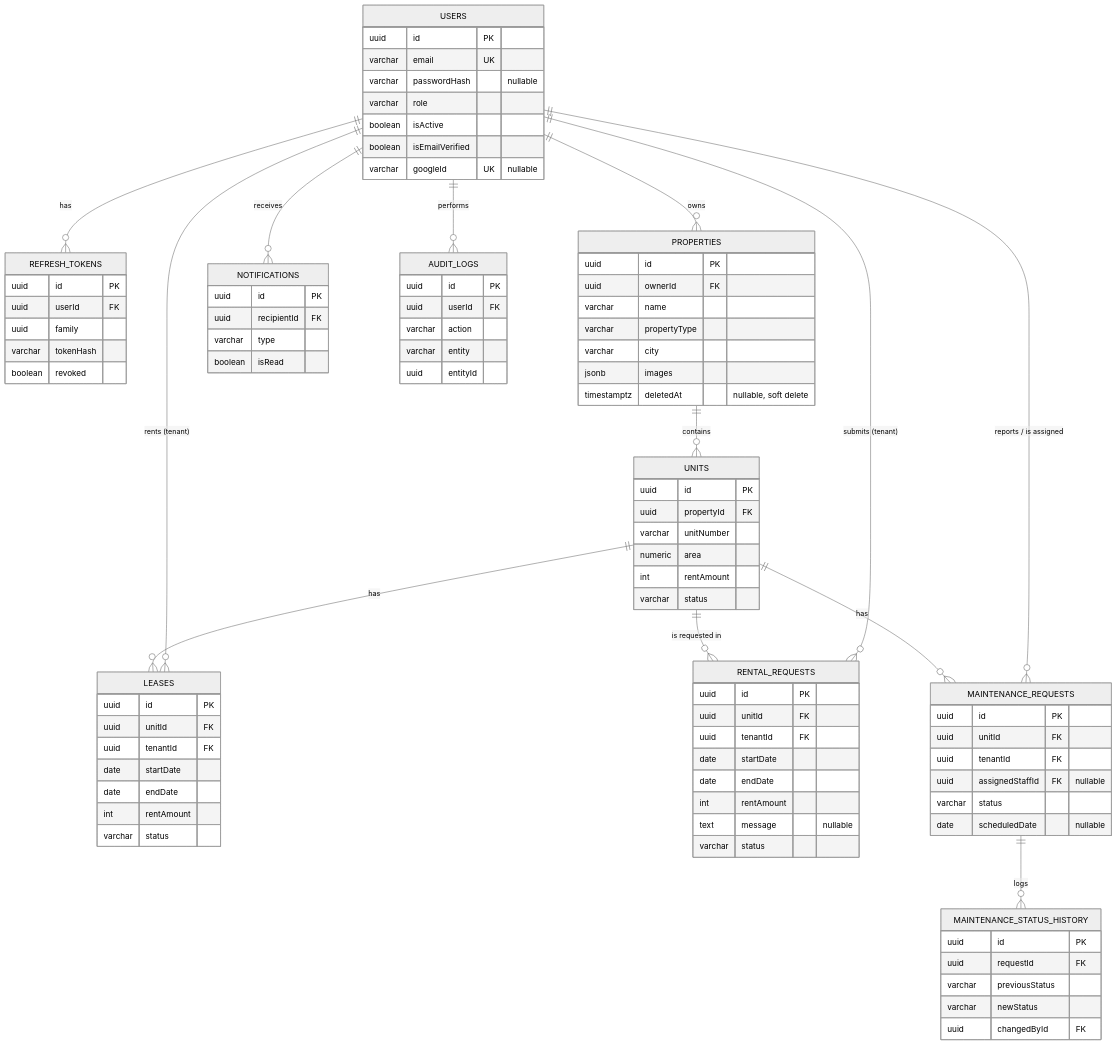
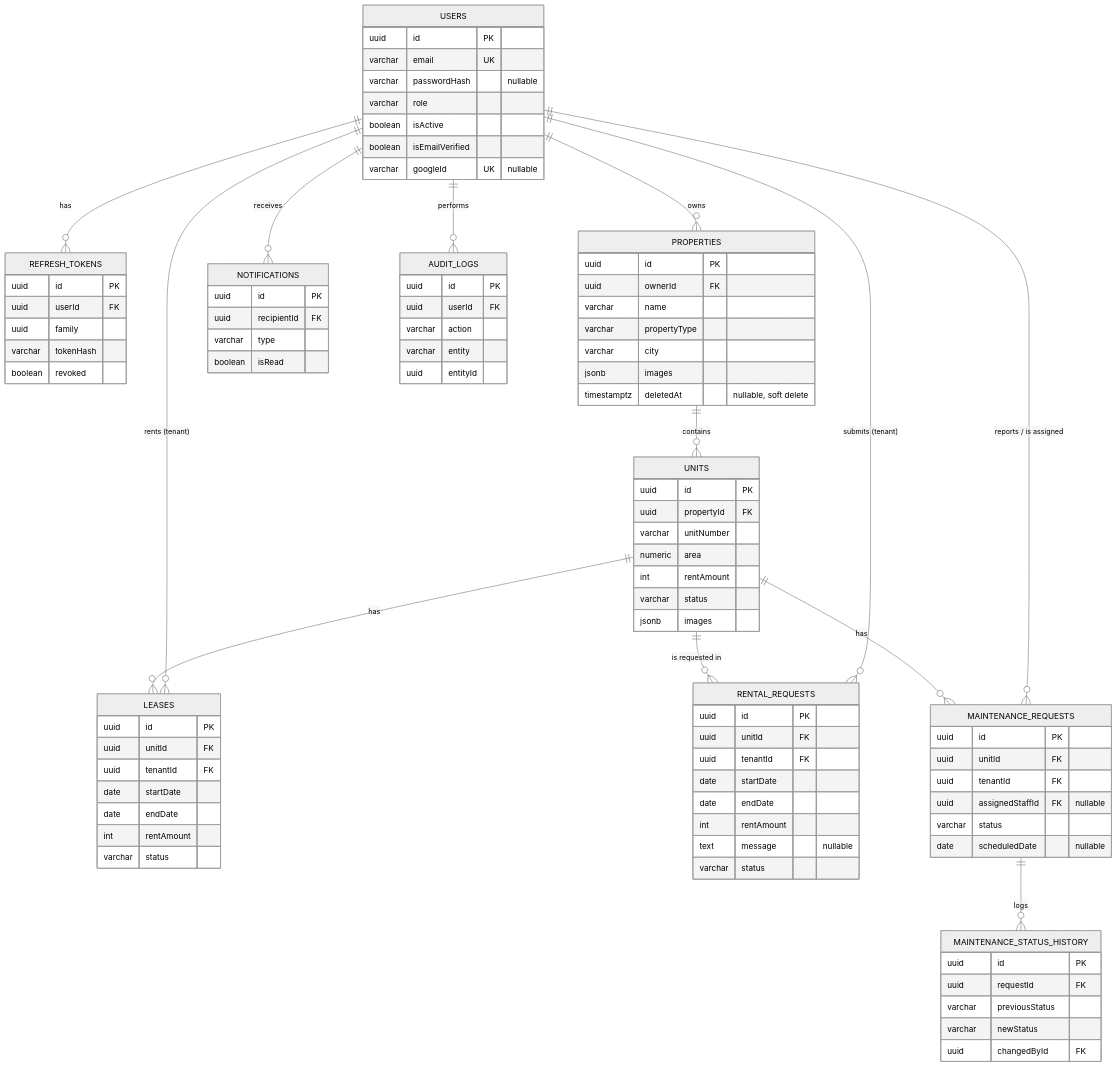
The diagram in docs/database.md (Joo-Shohber/Prop-Flow), drawn with Mermaid (neutral theme) before and after one commit. The commit also changed other lines of this file and 13 other files, not shown here.

````diff
--- a/docs/database.md
+++ b/docs/database.md
@@ -111,16 +115,28 @@
 ```mermaid
 erDiagram
+
     USERS ||--o{ REFRESH_TOKENS : has
+
     USERS ||--o{ PROPERTIES : owns
+
     PROPERTIES ||--o{ UNITS : contains
+
     UNITS ||--o{ LEASES : has
+
     USERS ||--o{ LEASES : "rents (tenant)"
+
     UNITS ||--o{ RENTAL_REQUESTS : "is requested in"
+
     USERS ||--o{ RENTAL_REQUESTS : "submits (tenant)"
+
     UNITS ||--o{ MAINTENANCE_REQUESTS : has
+
     USERS ||--o{ MAINTENANCE_REQUESTS : "reports / is assigned"
+
     MAINTENANCE_REQUESTS ||--o{ MAINTENANCE_STATUS_HISTORY : logs
+
     USERS ||--o{ NOTIFICATIONS : receives
+
     USERS ||--o{ AUDIT_LOGS : performs
 
     USERS {
@@ -132,6 +148,7 @@
         boolean isEmailVerified
         varchar googleId UK "nullable"
     }
+
     REFRESH_TOKENS {
         uuid id PK
         uuid userId FK
@@ -139,6 +156,7 @@
         varchar tokenHash
         boolean revoked
     }
+
     PROPERTIES {
         uuid id PK
         uuid ownerId FK
@@ -148,6 +166,7 @@
         jsonb images
         timestamptz deletedAt "nullable, soft delete"
     }
+
     UNITS {
         uuid id PK
         uuid propertyId FK
@@ -155,7 +174,9 @@
         numeric area
         int rentAmount
         varchar status
+        jsonb images
     }
+
     LEASES {
         uuid id PK
         uuid unitId FK
@@ -165,6 +186,7 @@
         int rentAmount
         varchar status
     }
+
     RENTAL_REQUESTS {
         uuid id PK
         uuid unitId FK
@@ -175,6 +197,7 @@
         text message "nullable"
         varchar status
     }
+
     MAINTENANCE_REQUESTS {
         uuid id PK
         uuid unitId FK
@@ -183,6 +206,7 @@
         varchar status
         date scheduledDate "nullable"
     }
+
     MAINTENANCE_STATUS_HISTORY {
         uuid id PK
         uuid requestId FK
@@ -190,12 +214,14 @@
         varchar newStatus
         uuid changedById FK
     }
+
     NOTIFICATIONS {
         uuid id PK
         uuid recipientId FK
         varchar type
         boolean isRead
     }
+
     AUDIT_LOGS {
         uuid id PK
         uuid userId FK
````
